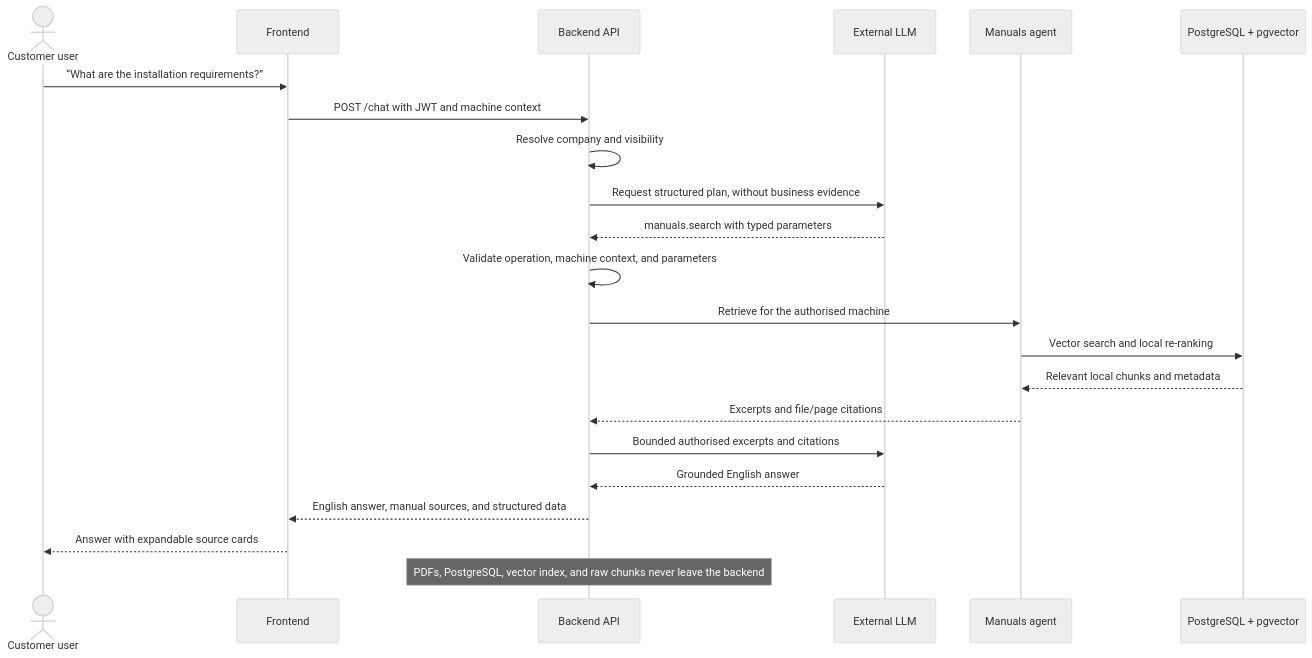
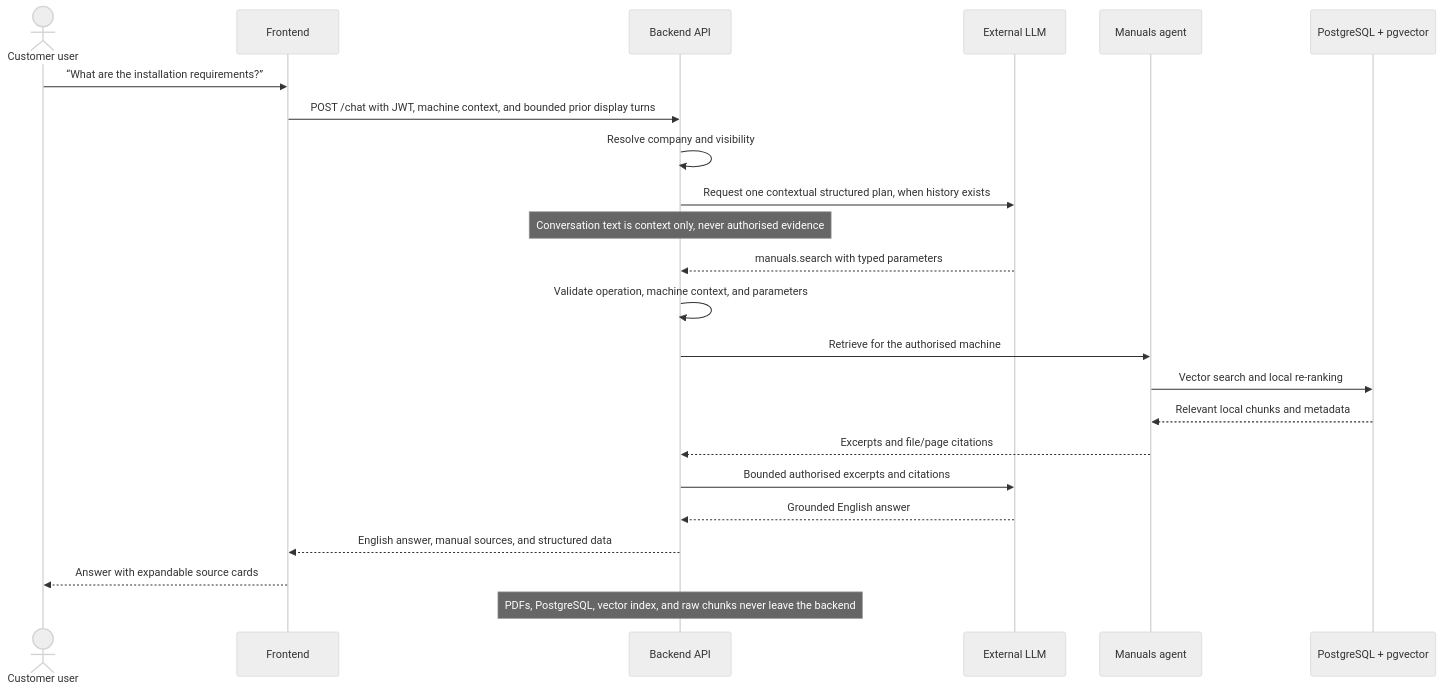
One commit to alicebucco/arol-project-q2 changed the second of 3 diagrams in docs/architecture/04-dynamic-flows.md. Above: the diagram before and after it, drawn with Mermaid (neutral theme). The commit also changed other lines of this file and 9 other files, not shown here.

````diff
--- a/docs/architecture/04-dynamic-flows.md
+++ b/docs/architecture/04-dynamic-flows.md
@@ -26,25 +26,26 @@
 ```mermaid
 sequenceDiagram
     actor U as Customer user
     participant FE as Frontend
     participant API as Backend API
     participant LLM as External LLM
     participant M as Manuals agent
     participant DB as PostgreSQL + pgvector
 
     U->>FE: “What are the installation requirements?”
-    FE->>API: POST /chat with JWT and machine context
+    FE->>API: POST /chat with JWT, machine context, and bounded prior display turns
     API->>API: Resolve company and visibility
-    API->>LLM: Request structured plan, without business evidence
+    API->>LLM: Request one contextual structured plan, when history exists
+    Note over API: Conversation text is context only, never authorised evidence
     LLM-->>API: manuals.search with typed parameters
     API->>API: Validate operation, machine context, and parameters
     API->>M: Retrieve for the authorised machine
     M->>DB: Vector search and local re-ranking
     DB-->>M: Relevant local chunks and metadata
     M-->>API: Excerpts and file/page citations
     API->>LLM: Bounded authorised excerpts and citations
     LLM-->>API: Grounded English answer
     API-->>FE: English answer, manual sources, and structured data
     FE-->>U: Answer with expandable source cards
     Note over API: PDFs, PostgreSQL, vector index, and raw chunks never leave the backend
 ```
````
